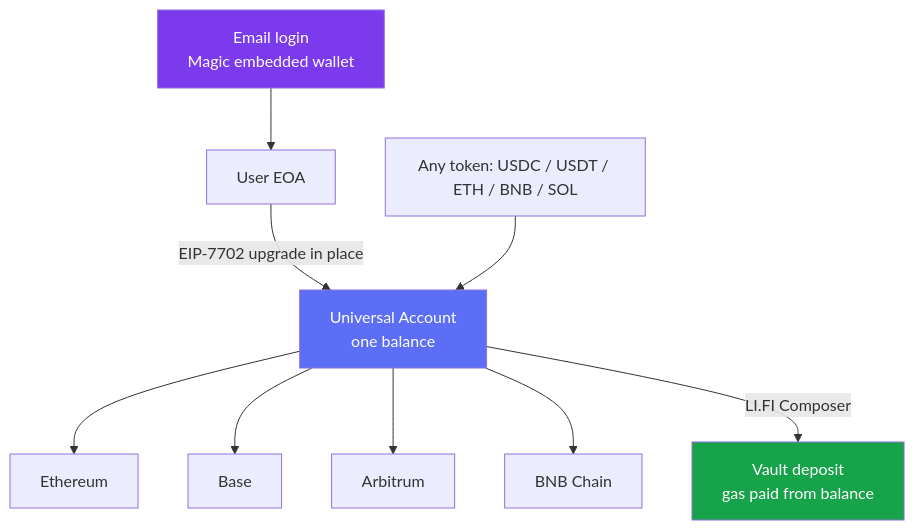
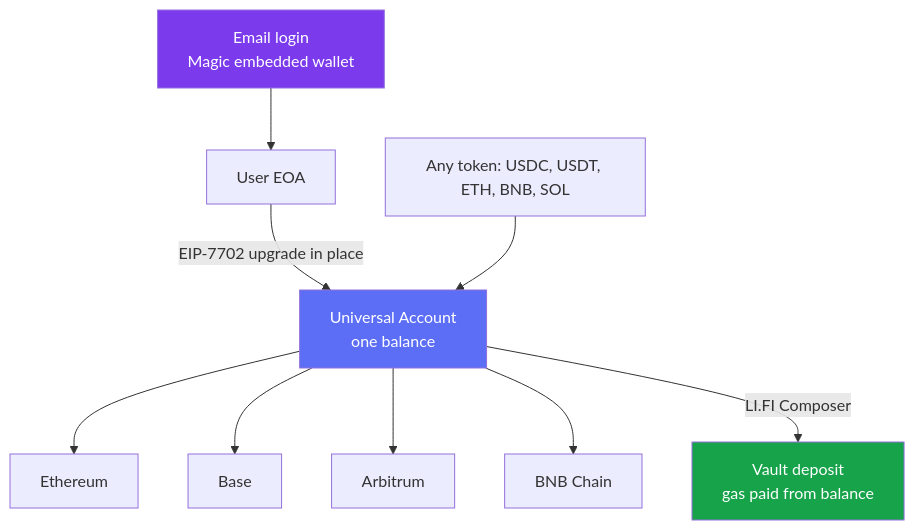
One commit to 0xpochita/maroon changed the second of 2 diagrams in README.md. Above: the diagram before and after it, drawn with Mermaid. The commit also changed other lines of this file, not shown here.

First line of the commit message:
docs: fix mermaid parse errors in the README diagrams

````diff
--- a/README.md
+++ b/README.md
@@ -164,15 +164,15 @@
 ```mermaid
 graph TD
-    LOGIN[Email login<br/>Magic embedded wallet] --> EOA[User EOA]
-    EOA -->|EIP-7702 upgrade in place| UA[Universal Account<br/>one balance]
-    UA --> ETH[Ethereum]
-    UA --> BASE[Base]
-    UA --> ARB[Arbitrum]
-    UA --> BNB[BNB Chain]
-    BAL[Any token: USDC / USDT / ETH / BNB / SOL] --> UA
-    UA -->|LI.FI Composer| VAULT[Vault deposit<br/>gas paid from balance]
+    LOGIN["Email login<br/>Magic embedded wallet"] --> EOA["User EOA"]
+    EOA -->|"EIP-7702 upgrade in place"| UA["Universal Account<br/>one balance"]
+    UA --> ETH["Ethereum"]
+    UA --> BASE["Base"]
+    UA --> ARB["Arbitrum"]
+    UA --> BNB["BNB Chain"]
+    BAL["Any token: USDC, USDT, ETH, BNB, SOL"] --> UA
+    UA -->|"LI.FI Composer"| VAULT["Vault deposit<br/>gas paid from balance"]
 
     style UA fill:#5b6ef5,color:#fff
     style VAULT fill:#16a34a,color:#fff
     style LOGIN fill:#7c3aed,color:#fff
 ```
````
